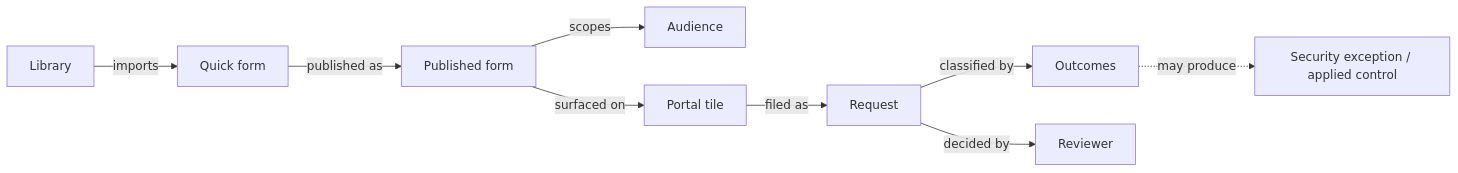
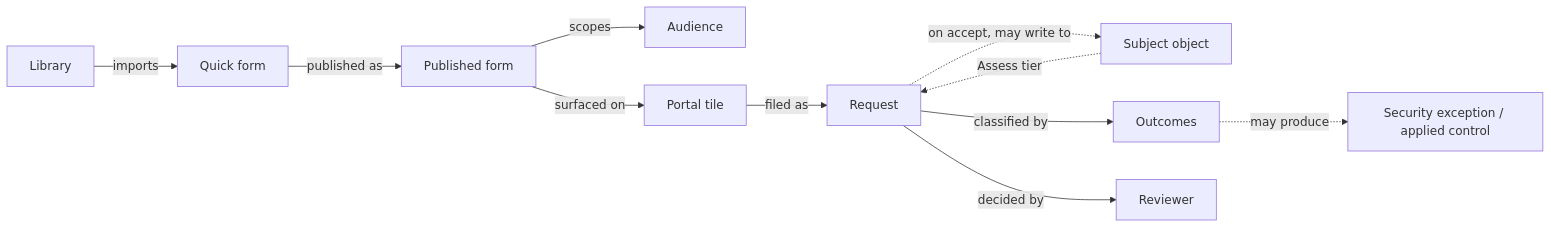
One commit to intuitem/ciso-assistant-community changed the first of 2 diagrams in product-docs/concepts/quick-forms.md. Above: the diagram before and after it, drawn with Mermaid. The commit also changed other lines of this file and 15 other files, not shown here.

````diff
--- a/product-docs/concepts/quick-forms.md
+++ b/product-docs/concepts/quick-forms.md
@@ -21,11 +21,13 @@
 ```mermaid
 graph LR
   LIB[Library] -->|imports| QF[Quick form]
   QF -->|published as| PUB[Published form]
   PUB -->|scopes| AUD[Audience]
   PUB -->|surfaced on| POR[Portal tile]
   POR -->|filed as| REQ[Request]
+  SUBJ[Subject object] -.->|Assess tier| REQ
   REQ -->|classified by| OUT[Outcomes]
   REQ -->|decided by| REV[Reviewer]
   OUT -.->|may produce| OBJ[Security exception / applied control]
+  REQ -.->|on accept, may write to| SUBJ
 ```
````
